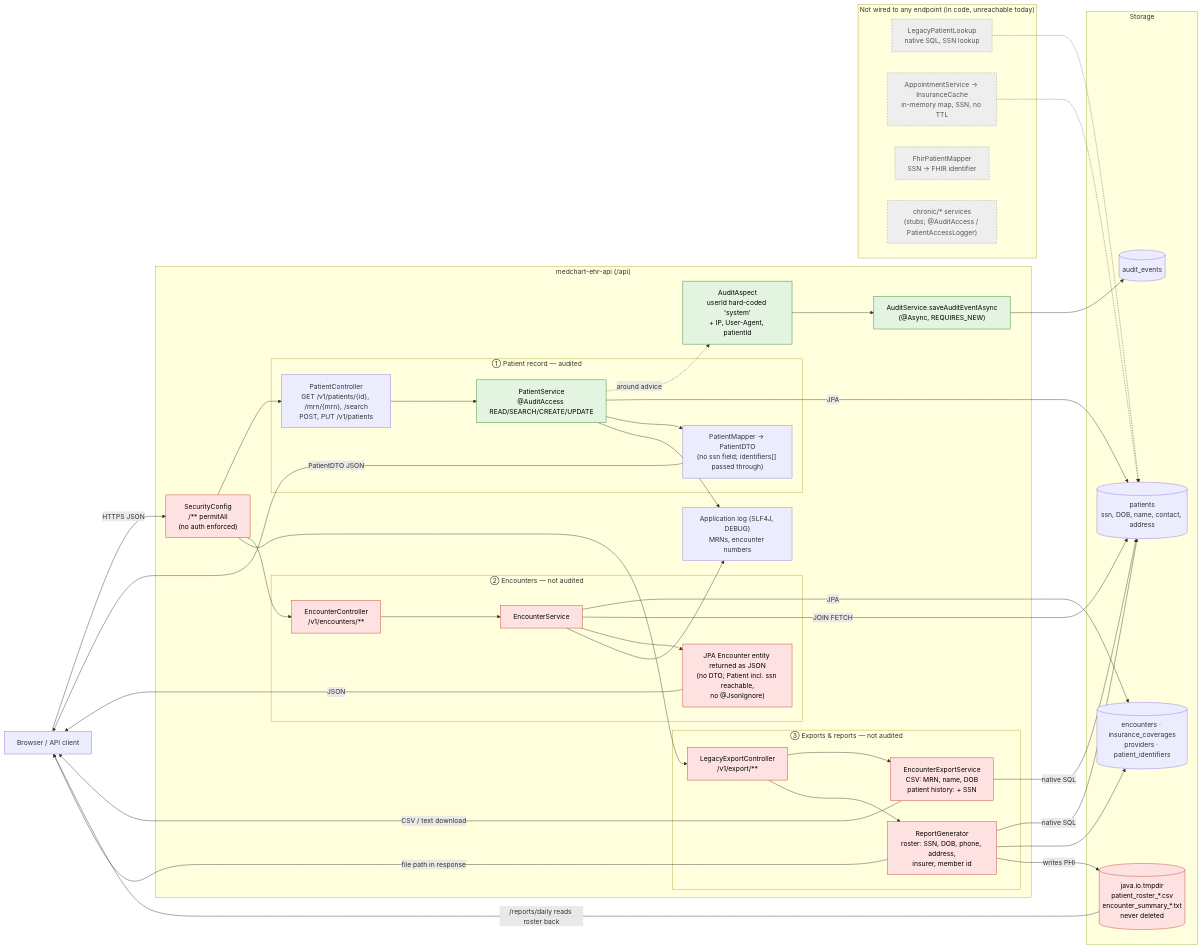
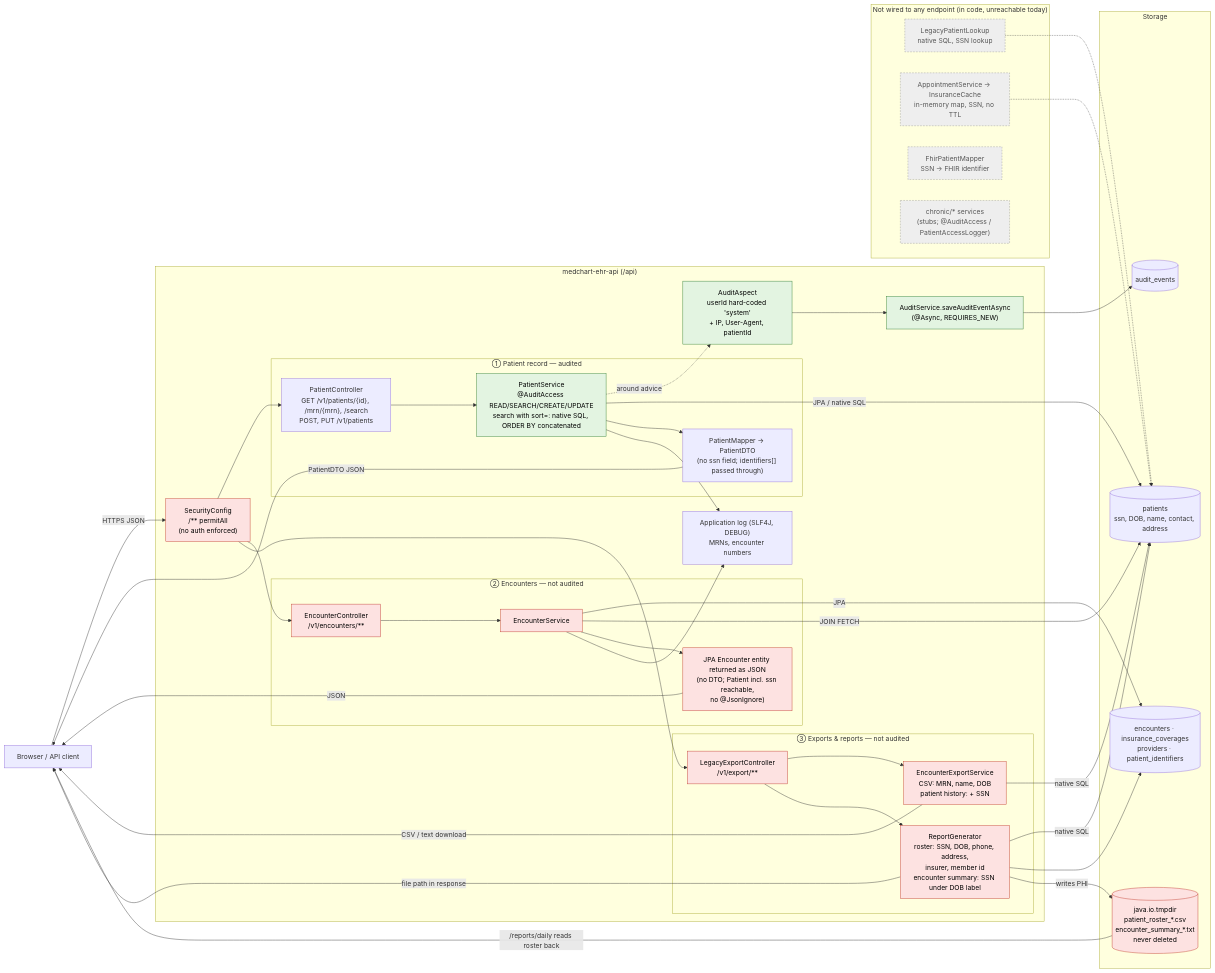
One commit to COG-GTM/demos-coghealth-ehr-api changed the diagram in docs/diagrams/phi-data-flow.mmd. Above: the diagram before and after it, drawn with Mermaid. The commit also changed 2 other files, not shown here.

Commit message:
docs: correct encounter-summary SSN placement and add sorted native-SQL patient search

```diff
--- a/docs/diagrams/phi-data-flow.mmd
+++ b/docs/diagrams/phi-data-flow.mmd
@@ -1,72 +1,72 @@
 flowchart LR
   user["Browser / API client"]
 
   subgraph api["medchart-ehr-api (/api)"]
     filt["SecurityConfig<br/>/** permitAll<br/>(no auth enforced)"]
 
     subgraph p1["① Patient record — audited"]
       pc["PatientController<br/>GET /v1/patients/{id}, /mrn/{mrn}, /search<br/>POST, PUT /v1/patients"]
-      ps["PatientService<br/>@AuditAccess READ/SEARCH/CREATE/UPDATE"]
+      ps["PatientService<br/>@AuditAccess READ/SEARCH/CREATE/UPDATE<br/>search with sort=: native SQL, ORDER BY concatenated"]
       pm["PatientMapper → PatientDTO<br/>(no ssn field; identifiers[] passed through)"]
     end
 
     subgraph p2["② Encounters — not audited"]
       ec["EncounterController<br/>/v1/encounters/**"]
       es["EncounterService"]
       ee["JPA Encounter entity returned as JSON<br/>(no DTO; Patient incl. ssn reachable,<br/>no @JsonIgnore)"]
     end
 
     subgraph p3["③ Exports & reports — not audited"]
       xc["LegacyExportController<br/>/v1/export/**"]
       xs["EncounterExportService<br/>CSV: MRN, name, DOB<br/>patient history: + SSN"]
-      rg["ReportGenerator<br/>roster: SSN, DOB, phone, address,<br/>insurer, member id"]
+      rg["ReportGenerator<br/>roster: SSN, DOB, phone, address,<br/>insurer, member id<br/>encounter summary: SSN under DOB label"]
     end
 
     aa["AuditAspect<br/>userId hard-coded 'system'<br/>+ IP, User-Agent, patientId"]
     as["AuditService.saveAuditEventAsync<br/>(@Async, REQUIRES_NEW)"]
     logs["Application log (SLF4J, DEBUG)<br/>MRNs, encounter numbers"]
   end
 
   subgraph store["Storage"]
     pt[("patients<br/>ssn, DOB, name, contact, address")]
     oth[("encounters · insurance_coverages<br/>providers · patient_identifiers")]
     ae[("audit_events")]
     tmp[("java.io.tmpdir<br/>patient_roster_*.csv<br/>encounter_summary_*.txt<br/>never deleted")]
   end
 
   subgraph dormant["Not wired to any endpoint (in code, unreachable today)"]
     lpl["LegacyPatientLookup<br/>native SQL, SSN lookup"]
     apt["AppointmentService → InsuranceCache<br/>in-memory map, SSN, no TTL"]
     fpm["FhirPatientMapper<br/>SSN → FHIR identifier"]
     chr["chronic/* services<br/>(stubs; @AuditAccess / PatientAccessLogger)"]
   end
 
   user -->|"HTTPS JSON"| filt
   filt --> pc --> ps
   ps -.->|"around advice"| aa --> as --> ae
-  ps -->|"JPA"| pt
+  ps -->|"JPA / native SQL"| pt
   ps --> pm -->|"PatientDTO JSON"| user
 
   filt --> ec --> es -->|"JPA"| oth
   es -->|"JOIN FETCH"| pt
   es --> ee -->|"JSON"| user
   es --> logs
 
   filt --> xc
   xc --> xs -->|"native SQL"| pt
   xs -->|"CSV / text download"| user
   xc --> rg -->|"native SQL"| pt
   rg --> oth
   rg -->|"writes PHI"| tmp
   tmp -->|"/reports/daily reads roster back"| user
   rg -->|"file path in response"| user
   ps --> logs
 
   lpl -.-> pt
   apt -.-> pt
   classDef gap fill:#fde2e1,stroke:#c0392b,color:#000
   classDef ok fill:#e3f4e1,stroke:#2e7d32,color:#000
   classDef dim fill:#eee,stroke:#999,stroke-dasharray:4 3,color:#555
   class ps,aa,as ok
   class ec,es,ee,xc,xs,rg,tmp,filt gap
   class lpl,apt,fpm,chr dim
```
